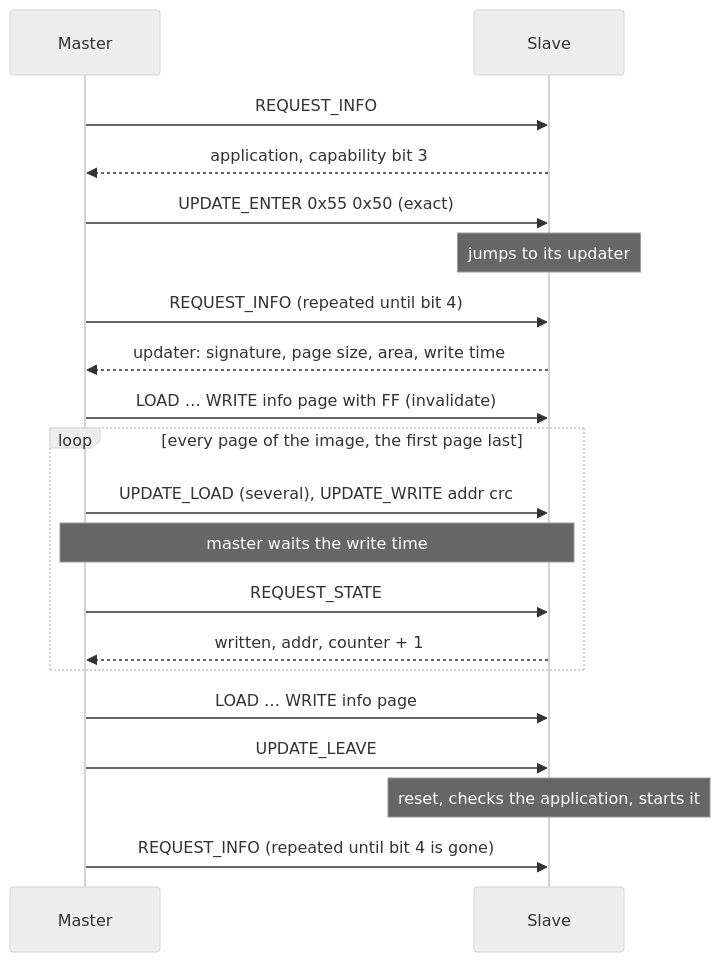
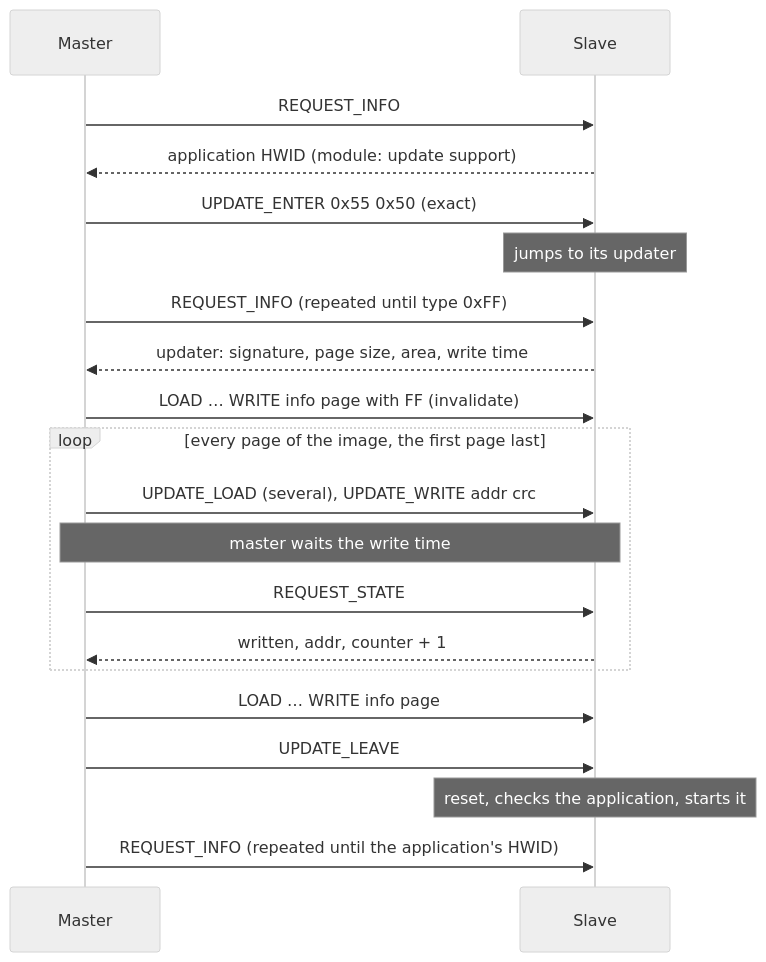
Before and after one commit to GeorgeH87/hubus: the fourth of 4 diagrams in docs/spec/06-operation.md, drawn with Mermaid (neutral theme). The commit also changed other lines of this file and 1 other file, not shown here.

First line of the commit message:
Spec draft: firmware update without capability bits

````diff
--- a/docs/spec/06-operation.md
+++ b/docs/spec/06-operation.md
@@ -222,22 +222,22 @@
 ```mermaid
 sequenceDiagram
     participant M as Master
     participant S as Slave
     M->>S: REQUEST_INFO
-    S-->>M: application, capability bit 3
+    S-->>M: application HWID (module: update support)
     M->>S: UPDATE_ENTER 0x55 0x50 (exact)
     Note over S: jumps to its updater
-    M->>S: REQUEST_INFO (repeated until bit 4)
+    M->>S: REQUEST_INFO (repeated until type 0xFF)
     S-->>M: updater: signature, page size, area, write time
     M->>S: LOAD … WRITE info page with FF (invalidate)
     loop every page of the image, the first page last
         M->>S: UPDATE_LOAD (several), UPDATE_WRITE addr crc
         Note over M,S: master waits the write time
         M->>S: REQUEST_STATE
         S-->>M: written, addr, counter + 1
     end
     M->>S: LOAD … WRITE info page
     M->>S: UPDATE_LEAVE
     Note over S: reset, checks the application, starts it
-    M->>S: REQUEST_INFO (repeated until bit 4 is gone)
+    M->>S: REQUEST_INFO (repeated until the application's HWID)
 ```
````
